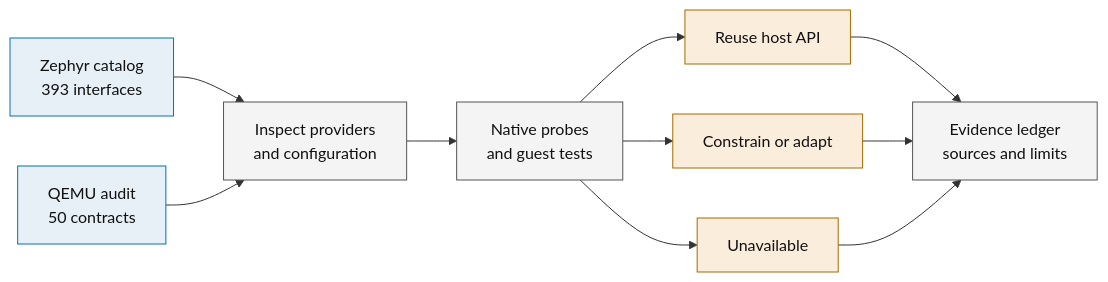
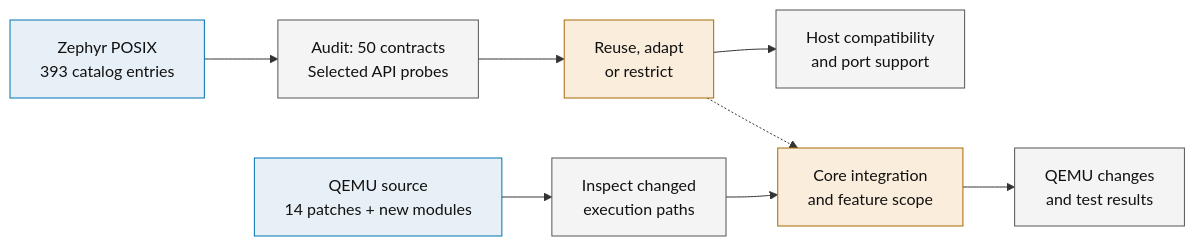
One commit to processmission/qemu-on-zephyr changed the diagram in docs/figures/posix-porting-flow.mmd. Above: the diagram before and after it, drawn with Mermaid. The commit also changed 5 other files, not shown here.

First line of the commit message:
docs: separate host compatibility from QEMU implementation changes

```diff
--- a/docs/figures/posix-porting-flow.mmd
+++ b/docs/figures/posix-porting-flow.mmd
@@ -1,17 +1,16 @@
-%% Source for the manuscript's portability assessment workflow.
+%% The paper evaluates host compatibility and QEMU implementation changes.
 flowchart LR
-    A["Zephyr catalog<br/>393 interfaces"] --> C["Inspect providers<br/>and configuration"]
-    B["QEMU audit<br/>50 contracts"] --> C
-    C --> D["Native probes<br/>and guest tests"]
-    D --> E["Reuse host API"]
-    D --> F["Constrain or adapt"]
-    D --> G["Unavailable"]
-    E --> H["Evidence ledger<br/>sources and limits"]
-    F --> H
-    G --> H
+    A["Zephyr POSIX<br/>393 catalog entries"] --> B["Audit: 50 contracts<br/>Selected API probes"]
+    B --> C["Reuse, adapt<br/>or restrict"]
+    C --> D["Host compatibility<br/>and port support"]
+    E["QEMU source<br/>14 patches + new modules"] --> F["Inspect changed<br/>execution paths"]
+    F --> G["Core integration<br/>and feature scope"]
+    G --> H["QEMU changes<br/>and test results"]
+    C -.-> G
     classDef input fill:#e7f0f7,stroke:#0072B2,color:#111111;
     classDef work fill:#f4f4f4,stroke:#555555,color:#111111;
     classDef decision fill:#fbeddc,stroke:#A56B00,color:#111111;
-    class A,B input;
-    class C,D,H work;
-    class E,F,G decision;
+    class A,E input;
+    class B,F work;
+    class C,G decision;
+    class D,H work;
```
